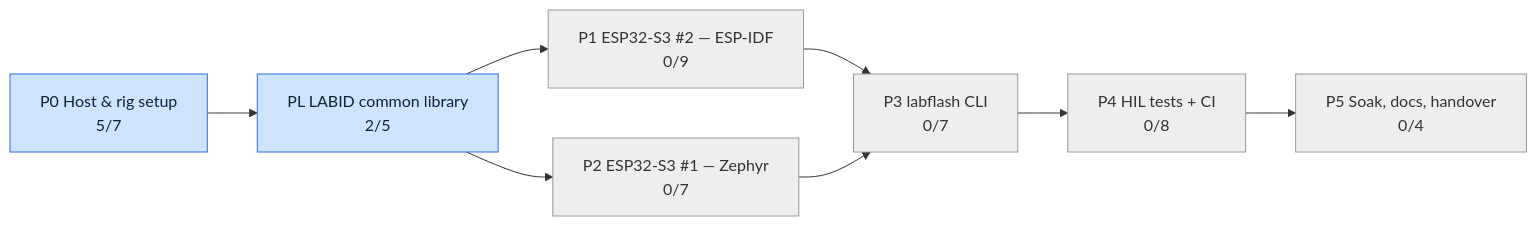
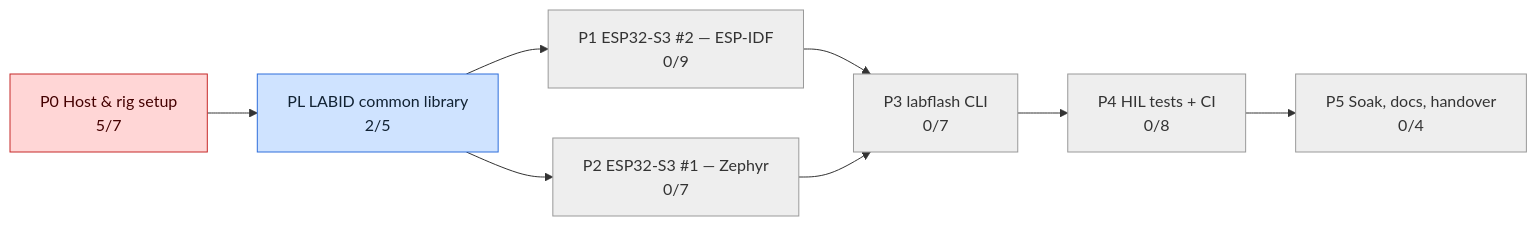
One commit to mohamed-soubhi/bootlab-esp changed the second of 3 diagrams in tickets/TICKETS.md. Above: the diagram before and after it, drawn with Mermaid. The commit also changed other lines of this file and 2 other files, not shown here.

First line of the commit message:
BL-005 -> blocked: rig.yaml filled (partial); LED GPIO/PSRAM need flash test

````diff
--- a/tickets/TICKETS.md
+++ b/tickets/TICKETS.md
@@ -30,21 +31,21 @@
 ```mermaid
 flowchart LR
-    E0["P0 Host & rig setup<br/>5/7"]:::doing
+    E0["P0 Host & rig setup<br/>5/7"]:::blocked
     EL["PL LABID common library<br/>2/5"]:::doing
     E1["P1 ESP32-S3 #2 — ESP-IDF<br/>0/9"]:::todo
     E2["P2 ESP32-S3 #1 — Zephyr<br/>0/7"]:::todo
     E3["P3 labflash CLI<br/>0/7"]:::todo
     E4["P4 HIL tests + CI<br/>0/8"]:::todo
     E5["P5 Soak, docs, handover<br/>0/4"]:::todo
     E0 --> EL
     E1 --> E3
     E2 --> E3
     E3 --> E4
     E4 --> E5
     EL --> E1
     EL --> E2
     classDef todo fill:#eeeeee,stroke:#999,color:#333
     classDef doing fill:#cfe3ff,stroke:#2f6fdb,color:#123
     classDef blocked fill:#ffd6d6,stroke:#c62828,color:#400
     classDef done fill:#d4f5d4,stroke:#2e7d32,color:#132
 ```
````
